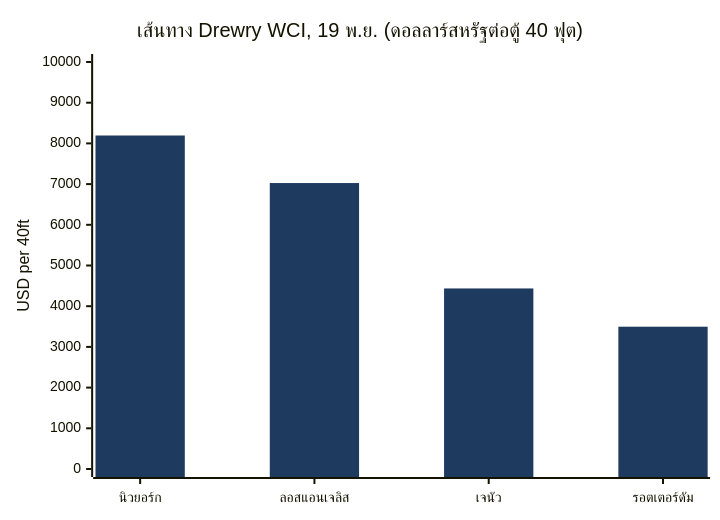
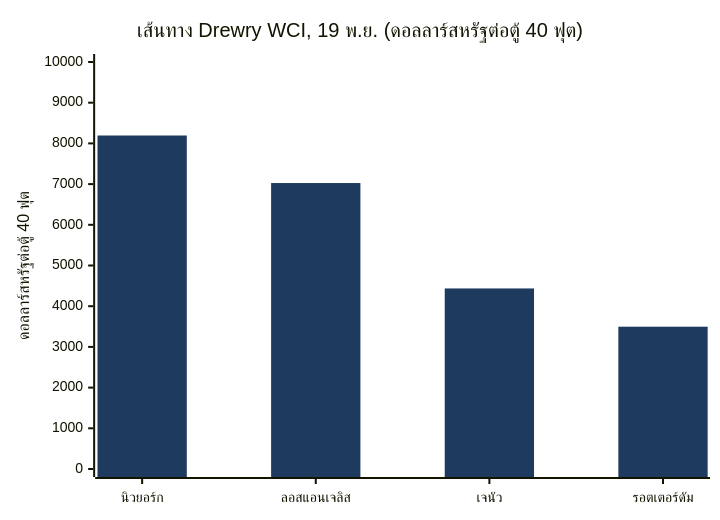
The eighth of 15 diagrams in Global-Trade-Intelligence-weekly-2026-11-23/index.th.md (dureach/research), drawn with Mermaid before and after one commit. The commit also changed other lines of this file and 5 other files, not shown here.

````diff
--- a/Global-Trade-Intelligence-weekly-2026-11-23/index.th.md
+++ b/Global-Trade-Intelligence-weekly-2026-11-23/index.th.md
@@ -482,8 +482,8 @@
 ```mermaid
 %%{init: {'theme': 'base', 'themeVariables': {'xyChart': {'plotColorPalette': '#1e3a5f'}}}}%%
 xychart-beta
     title "เส้นทาง Drewry WCI, 19 พ.ย. (ดอลลาร์สหรัฐต่อตู้ 40 ฟุต)"
     x-axis ["นิวยอร์ก", "ลอสแอนเจลิส", "เจนัว", "รอตเตอร์ดัม"]
-    y-axis "USD per 40ft" 0 --> 10000
+    y-axis "ดอลลาร์สหรัฐต่อตู้ 40 ฟุต" 0 --> 10000
     bar [8194, 7026, 4436, 3496]
 ```
````
